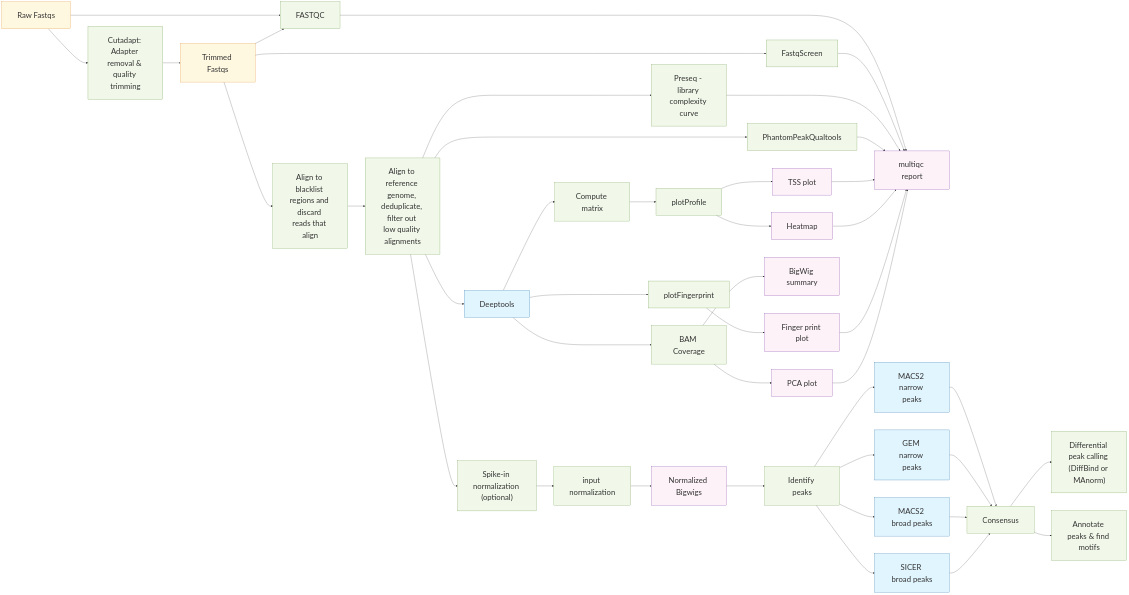
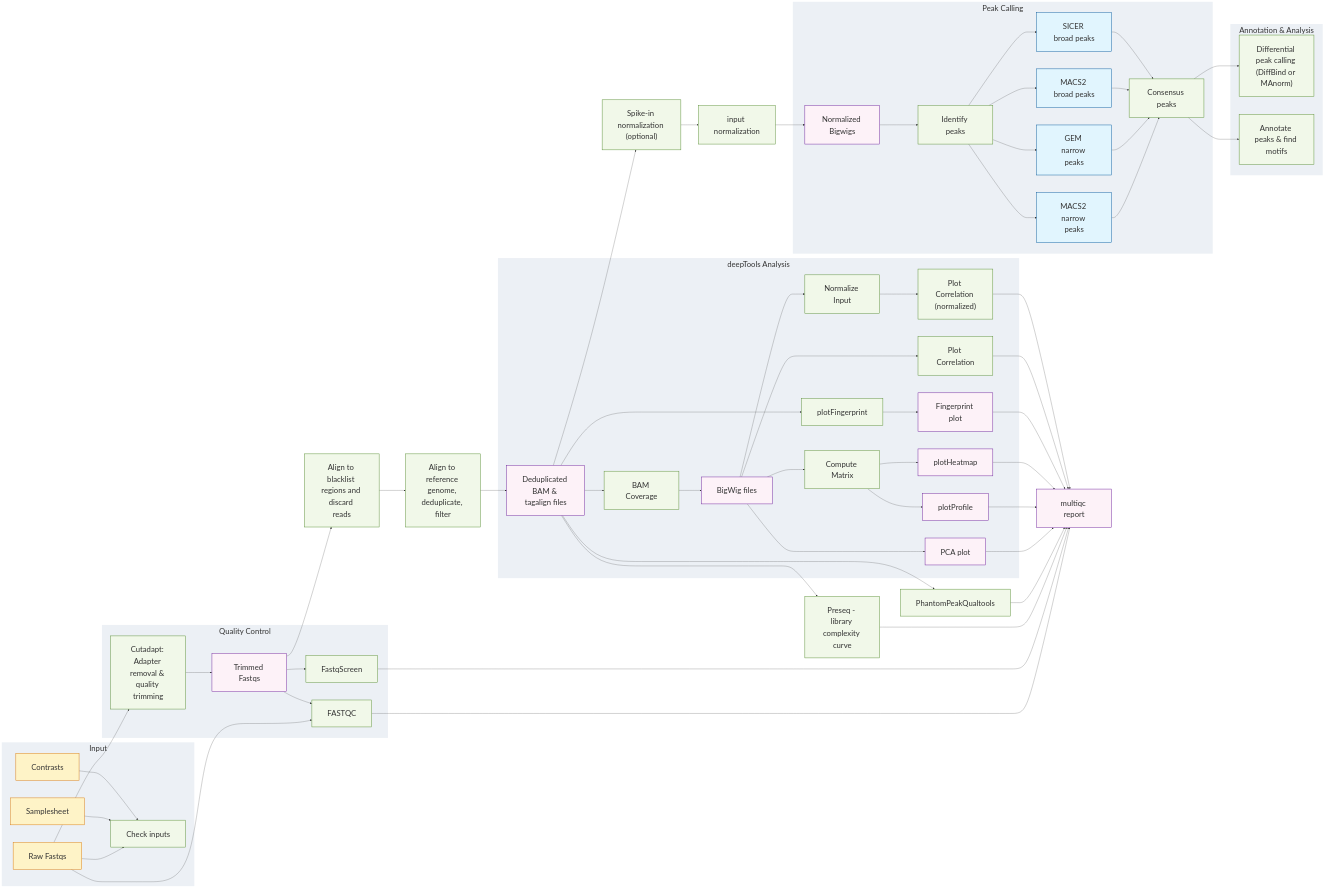
The diagram in docs/diagram/index.md (CCBR/CHAMPAGNE), drawn with Mermaid before and after one commit. The commit also changed other lines of this file, not shown here.

Commit message:
style: subgraphs

````diff
--- a/docs/diagram/index.md
+++ b/docs/diagram/index.md
@@ -13,64 +13,97 @@
 }}}%%
 
   %% Input
-  Raw["Raw Fastqs"]:::input --> Trimming["Cutadapt: Adapter removal & quality trimming"]:::process
-  Trimming --> Trimmed["Trimmed Fastqs"]:::input
+
+  subgraph INPUT["Input"]
+    Raw["Raw Fastqs"]:::input
+    Samplesheet:::input
+    Contrasts:::input
+    Check["Check inputs"]:::process
+    Raw --> Check
+    Samplesheet --> Check
+    Contrasts --> Check
+  end
+
 
   %% Quality Control
-  MultiQC["multiqc report"]:::output
-  Trimmed --> fqscreen["FastqScreen"]:::process
-  Raw --> QC_results
-  Trimmed --> QC_results["FASTQC"]:::process
-  QC_results --> MultiQC
+  subgraph QC["Quality Control"]
+    Raw --> Trimming["Cutadapt: Adapter removal & quality trimming"]:::process
+    Trimming --> Trimmed["Trimmed Fastqs"]:::output
+    Trimmed --> fqscreen["FastqScreen"]:::process
+    Raw --> fqc["FASTQC"]:::process
+    Trimmed --> fqc
+  end
+  fqc --> MultiQC["multiqc report"]:::output
   fqscreen --> MultiQC
 
-  %% Blacklist filtering
-  Trimmed --> Blacklist["Align to blacklist regions and discard reads that align"]:::process
+  %% Alignment
+  Trimmed --> Blacklist["Align to blacklist regions and discard reads"]:::process
+  Blacklist --> Align["Align to reference genome, deduplicate, filter"]:::process
+  Align --> BAMs["Deduplicated BAM & tagalign files"]:::output
 
-  %% Preseq and alignment
-  Blacklist --> Align["Align to reference genome, deduplicate, filter out low quality alignments"]:::process
-  Align --> Cc["Preseq - library complexity curve"]:::process
-  Cc ---> MultiQC
+  %% Library & Complexity Assessment
+  BAMs --> preseq["Preseq - library complexity curve"]:::process
+  BAMs --> ppqt["PhantomPeakQualtools"]:::process
+  preseq ---> MultiQC
+  ppqt --> MultiQC
 
-  Align --> Scc["PhantomPeakQualtools"]:::process
-  Scc --> MultiQC
+  %% Normalization
+      BAMs --> Spike["Spike-in normalization (optional)"]:::process
+    Spike --> InputNorm["input normalization"]:::process
+    InputNorm --> NormBigwigs["Normalized Bigwigs"]:::output
 
-  %% Spike-in normalization (optional)
-  Align --> Spike["Spike-in normalization (optional)"]:::process
-  Spike --> InputNorm["input normalization"]:::process
-  InputNorm --> NormBigwigs["Normalized Bigwigs"]:::output
 
-  %% Deeptools steps
-  Align --> Deeptools["Deeptools"]:::tool
-  Deeptools --> Matrix["Compute matrix"]:::process
-  Matrix --> Profile["plotProfile"]:::process
-  Profile --> TSSplot["TSS plot"]:::output
-  Profile --> Heatmap["Heatmap"]:::output
-  TSSplot --> MultiQC
+  %% deepTools Analysis
+  subgraph DEEPTOOLS["deepTools Analysis"]
+    BAMs --> BAMcov["BAM Coverage"]:::process
+    BAMcov --> Bigwig["BigWig files"]:::output
+    Bigwig --> Normalize["Normalize Input"]:::process
+    Bigwig --> Correlation["Plot Correlation"]:::process
+    Bigwig --> PCA["PCA plot"]:::output
+    Normalize --> CorrelationNorm["Plot Correlation (normalized)"]:::process
+    Bigwig --> Matrix["Compute Matrix"]:::process
+    Matrix --> Profile["plotProfile"]:::output
+    Matrix --> Heatmap["plotHeatmap"]:::output
+    BAMs --> Fingerprint["plotFingerprint"]:::process
+    Fingerprint --> FingerprintPlot["Fingerprint plot"]:::output
+  end
+
+  PCA --> MultiQC
+  Profile --> MultiQC
   Heatmap --> MultiQC
-  Deeptools --> fingerprint["plotFingerprint"]:::process
-  fingerprint --> fingerprintplot["Finger print plot"]:::output
-  fingerprintplot --> MultiQC
-  Deeptools --> BAMcov["BAM Coverage"]:::process
-  BAMcov --> PCA["PCA plot"]:::output & Bigwig["BigWig summary"]:::output
-  PCA --> MultiQC
+  FingerprintPlot --> MultiQC
+  Correlation --> MultiQC
+  CorrelationNorm --> MultiQC
 
-  %% Peak calling
-  NormBigwigs --> Peakcalling["Identify peaks"]:::process
-  Peakcalling --> MACS2narrow["MACS2 narrow peaks"]:::tool
-  Peakcalling --> GEM["GEM narrow peaks"]:::tool
-  Peakcalling --> MACS2broad["MACS2 broad peaks"]:::tool
-  Peakcalling --> SICER["SICER broad peaks"]:::tool
-  MACS2narrow --> Consensus:::process
-  GEM --> Consensus
-  MACS2broad --> Consensus
-  SICER --> Consensus
-  Consensus --> Diffbind["Differential peak calling (DiffBind or MAnorm)"]:::process
-  Consensus --> Annotate["Annotate peaks & find motifs"]:::process
+  %% Peak Calling
+  subgraph PEAK["Peak Calling"]
+    NormBigwigs --> Peakcalling["Identify peaks"]:::process
+    Peakcalling --> MACS2narrow["MACS2 narrow peaks"]:::tool
+    Peakcalling --> GEM["GEM narrow peaks"]:::tool
+    Peakcalling --> MACS2broad["MACS2 broad peaks"]:::tool
+    Peakcalling --> SICER["SICER broad peaks"]:::tool
+    MACS2narrow --> Consensus["Consensus peaks"]:::process
+    GEM --> Consensus
+    MACS2broad --> Consensus
+    SICER --> Consensus
+  end
+
+  %% Downstream Analysis
+  subgraph DOWNSTREAM["Annotation & Analysis"]
+    Consensus --> Diffbind["Differential peak calling (DiffBind or MAnorm)"]:::process
+    Consensus --> Annotate["Annotate peaks & find motifs"]:::process
+  end
 
   %% Styles - Modern sleek theme
-  classDef input fill:#fff8e1,stroke:#d97706,stroke-width:1px;
-  classDef process fill:#f1f8e9,stroke:#558b2f,stroke-width:1px;
-  classDef tool fill:#e1f5fe,stroke:#01579b,stroke-width:1px;
-  classDef output fill:#fdf2f8,stroke:#6a1b9a,stroke-width:1px;
+  classDef input fill:#fef3c7,stroke:#d97706,stroke-width:2px;
+  classDef process fill:#f1f8e9,stroke:#558b2f,stroke-width:2px;
+  classDef tool fill:#e1f5fe,stroke:#01579b,stroke-width:2px;
+  classDef output fill:#fdf2f8,stroke:#6a1b9a,stroke-width:2px;
+
+  %% Subgraph styling
+  style INPUT fill:#ecf0f5,stroke:none;
+  style QC fill:#ecf0f5,stroke:none;
+  style DEEPTOOLS fill:#ecf0f5,stroke:none;
+  style PEAK fill:#ecf0f5,stroke:none;
+  style DOWNSTREAM fill:#ecf0f5,stroke:none;
 ```
````
